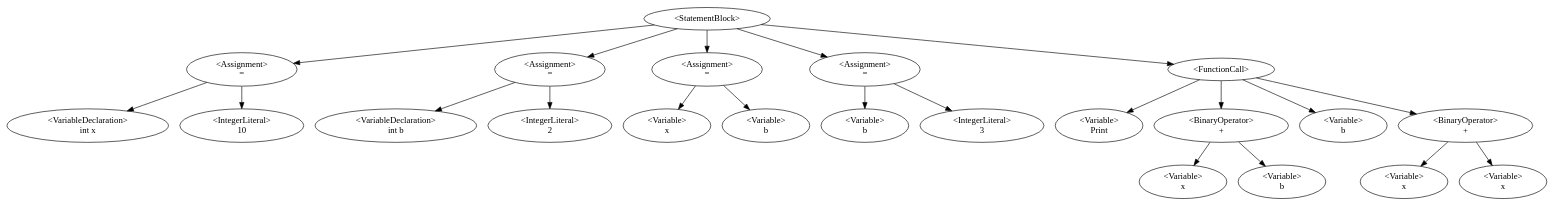
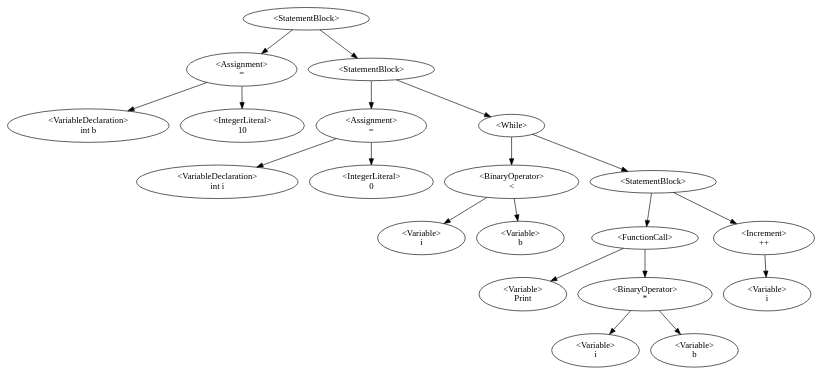
The diagram in Dino/Dino/AstDisplay.gv (QazmoQwerty/dino), drawn with Graphviz before and after one commit. The commit also changed 2 other files, not shown here.

```diff
--- a/Dino/Dino/AstDisplay.gv
+++ b/Dino/Dino/AstDisplay.gv
@@ -1,24 +1,22 @@
 digraph G {
-0 [label="<StatementBlock>"];0->2;0->5;0->8;0->11;0->14;
+0 [label="<StatementBlock>"];0->2;0->4;
 2 [label="<Assignment>\n="];2->1;2->3;
-1 [label="<VariableDeclaration>\nint x"];
+1 [label="<VariableDeclaration>\nint b"];
 3 [label="<IntegerLiteral>\n10"];
-5 [label="<Assignment>\n="];5->4;5->6;
-4 [label="<VariableDeclaration>\nint b"];
-6 [label="<IntegerLiteral>\n2"];
-8 [label="<Assignment>\n="];8->7;8->9;
-7 [label="<Variable>\nx"];
-9 [label="<Variable>\nb"];
-11 [label="<Assignment>\n="];11->10;11->12;
-10 [label="<Variable>\nb"];
-12 [label="<IntegerLiteral>\n3"];
-14 [label="<FunctionCall>\n"];14->13;14->16;14->18;14->20;
-13 [label="<Variable>\nPrint"];
-16 [label="<BinaryOperator>\n+"];16->15;16->17;
-15 [label="<Variable>\nx"];
-17 [label="<Variable>\nb"];
-18 [label="<Variable>\nb"];
-20 [label="<BinaryOperator>\n+"];20->19;20->21;
-19 [label="<Variable>\nx"];
-21 [label="<Variable>\nx"];
+4 [label="<StatementBlock>"];4->6;4->8;
+6 [label="<Assignment>\n="];6->5;6->7;
+5 [label="<VariableDeclaration>\nint i"];
+7 [label="<IntegerLiteral>\n0"];
+8 [label="<While>"];8->10;8->15;
+10 [label="<BinaryOperator>\n<"];10->9;10->11;
+9 [label="<Variable>\ni"];
+11 [label="<Variable>\nb"];
+15 [label="<StatementBlock>"];15->17;15->12;
+17 [label="<FunctionCall>\n"];17->16;17->19;
+16 [label="<Variable>\nPrint"];
+19 [label="<BinaryOperator>\n*"];19->18;19->20;
+18 [label="<Variable>\ni"];
+20 [label="<Variable>\nb"];
+12 [label="<Increment>\n++"];12->13;
+13 [label="<Variable>\ni"];
 }
```
